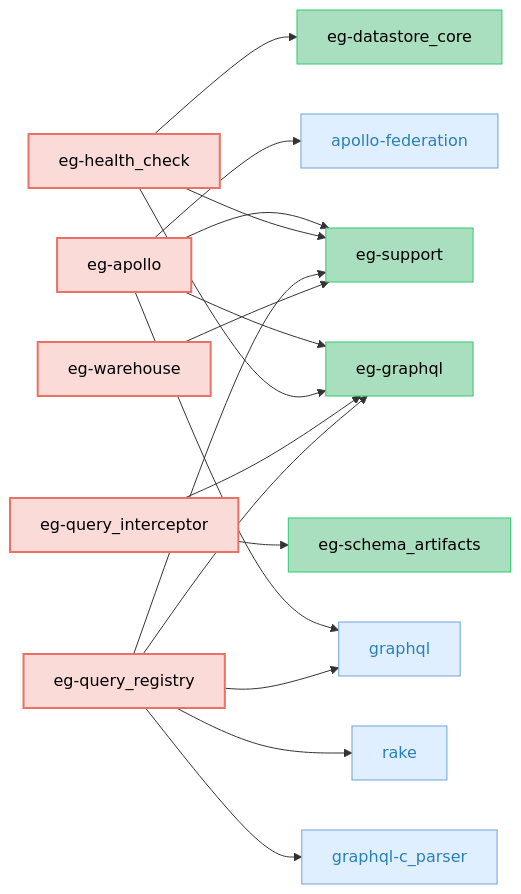
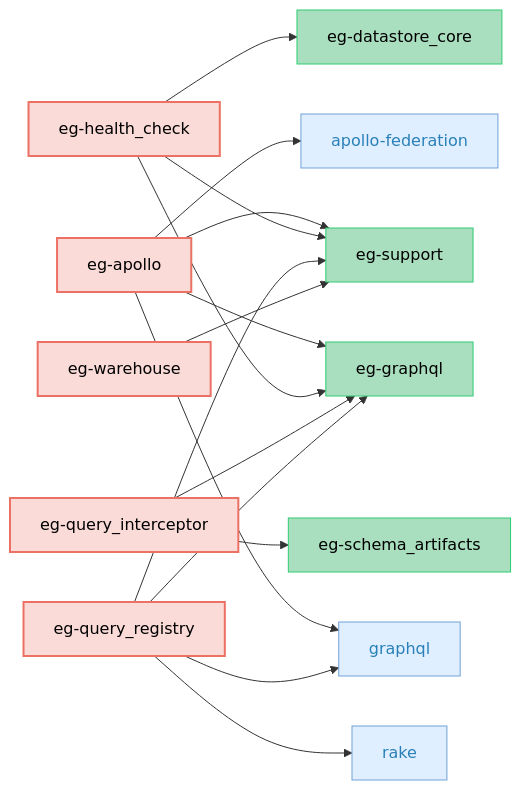
The fourth of 5 diagrams in CODEBASE_OVERVIEW.md (block/elasticgraph), drawn with Mermaid before and after one commit. The commit also changed other lines of this file and 18 other files, not shown here.

Commit message:
Make graphql-c_parser optional with warning when unavailable

````diff
--- a/CODEBASE_OVERVIEW.md
+++ b/CODEBASE_OVERVIEW.md
@@ -215,51 +207,47 @@
 ```mermaid
 graph LR;
     classDef targetGemStyle fill:#FADBD8,stroke:#EC7063,color:#000,stroke-width:2px;
     classDef otherEgGemStyle fill:#A9DFBF,stroke:#2ECC71,color:#000;
     classDef externalGemCatStyle fill:#E0EFFF,stroke:#70A1D7,color:#2980B9;
     elasticgraph-apollo["eg-apollo"];
     elasticgraph-graphql["eg-graphql"];
     elasticgraph-support["eg-support"];
     graphql["graphql"];
     apollo-federation["apollo-federation"];
     elasticgraph-health_check["eg-health_check"];
     elasticgraph-datastore_core["eg-datastore_core"];
     elasticgraph-query_interceptor["eg-query_interceptor"];
     elasticgraph-schema_artifacts["eg-schema_artifacts"];
     elasticgraph-query_registry["eg-query_registry"];
-    graphql-c_parser["graphql-c_parser"];
     rake["rake"];
     elasticgraph-warehouse["eg-warehouse"];
     elasticgraph-apollo --> elasticgraph-graphql;
     elasticgraph-apollo --> elasticgraph-support;
     elasticgraph-apollo --> graphql;
     elasticgraph-apollo --> apollo-federation;
     elasticgraph-health_check --> elasticgraph-datastore_core;
     elasticgraph-health_check --> elasticgraph-graphql;
     elasticgraph-health_check --> elasticgraph-support;
     elasticgraph-query_interceptor --> elasticgraph-graphql;
     elasticgraph-query_interceptor --> elasticgraph-schema_artifacts;
     elasticgraph-query_registry --> elasticgraph-graphql;
     elasticgraph-query_registry --> elasticgraph-support;
     elasticgraph-query_registry --> graphql;
-    elasticgraph-query_registry --> graphql-c_parser;
     elasticgraph-query_registry --> rake;
     elasticgraph-warehouse --> elasticgraph-support;
     class elasticgraph-apollo targetGemStyle;
     class elasticgraph-graphql otherEgGemStyle;
     class elasticgraph-support otherEgGemStyle;
     class graphql externalGemCatStyle;
     class apollo-federation externalGemCatStyle;
     class elasticgraph-health_check targetGemStyle;
     class elasticgraph-datastore_core otherEgGemStyle;
     class elasticgraph-query_interceptor targetGemStyle;
     class elasticgraph-schema_artifacts otherEgGemStyle;
     class elasticgraph-query_registry targetGemStyle;
-    class graphql-c_parser externalGemCatStyle;
     class rake externalGemCatStyle;
     class elasticgraph-warehouse targetGemStyle;
     click graphql href "https://rubygems.org/gems/graphql" "Open on RubyGems.org" _blank;
     click apollo-federation href "https://rubygems.org/gems/apollo-federation" "Open on RubyGems.org" _blank;
-    click graphql-c_parser href "https://rubygems.org/gems/graphql-c_parser" "Open on RubyGems.org" _blank;
     click rake href "https://rubygems.org/gems/rake" "Open on RubyGems.org" _blank;
 ```
````
